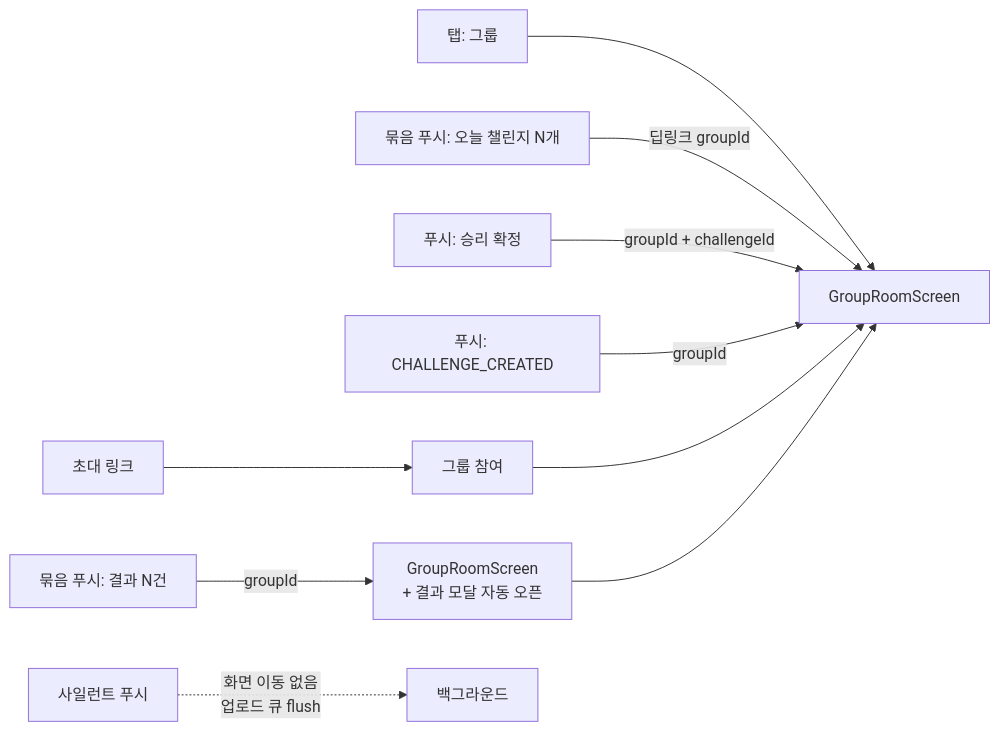
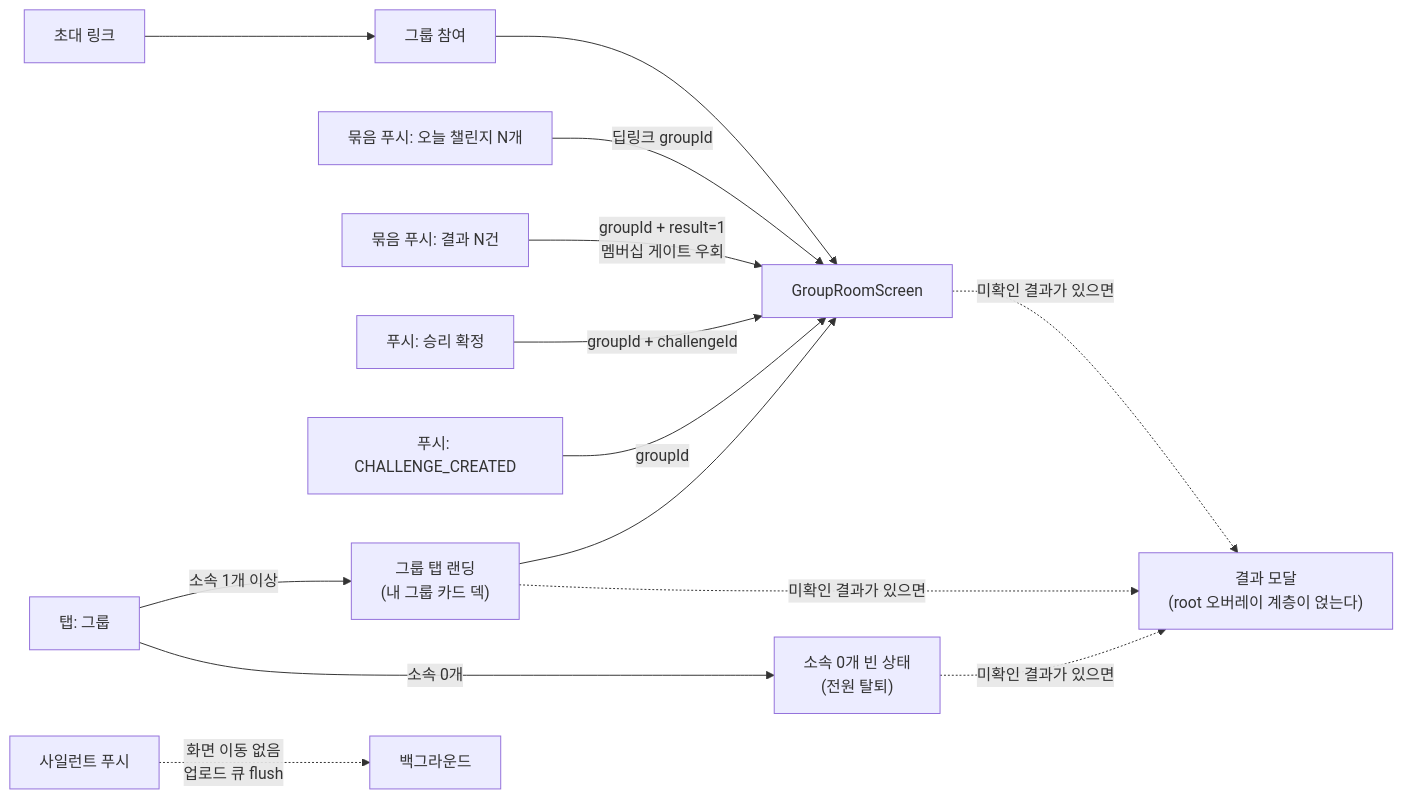
Before and after one commit to OneOrThree/phone: the eighth of 11 diagrams in docs/prd/challenge/information-architecture.md, drawn with Mermaid. The commit also changed other lines of this file and 8 other files, not shown here.

````diff
--- a/docs/prd/challenge/information-architecture.md
+++ b/docs/prd/challenge/information-architecture.md
@@ -369,14 +378,19 @@
 ```mermaid
 flowchart LR
-    E1["탭: 그룹"] --> GR
+    E1["탭: 그룹"] -->|"소속 1개 이상"| GD
     E2["묶음 푸시: 오늘 챌린지 N개"] -->|"딥링크 groupId"| GR
-    E3["묶음 푸시: 결과 N건"] -->|"groupId"| GRM
+    E3["묶음 푸시: 결과 N건"] -->|"groupId + result=1<br/>멤버십 게이트 우회"| GR
     E4["푸시: 승리 확정"] -->|"groupId + challengeId"| GR
     E5["푸시: CHALLENGE_CREATED"] -->|"groupId"| GR
     E6["초대 링크"] --> GJ["그룹 참여"] --> GR
     E7["사일런트 푸시"] -.->|"화면 이동 없음<br/>업로드 큐 flush"| BG["백그라운드"]
 
+    GD["그룹 탭 랜딩<br/>(내 그룹 카드 덱)"] --> GR
     GR["GroupRoomScreen"]
-    GRM["GroupRoomScreen<br/>+ 결과 모달 자동 오픈"]
-    GRM --> GR
+    GZ["소속 0개 빈 상태<br/>(전원 탈퇴)"]
+    GD -.->|"미확인 결과가 있으면"| RM
+    GR -.->|"미확인 결과가 있으면"| RM
+    GZ -.->|"미확인 결과가 있으면"| RM
+    E1 -->|"소속 0개"| GZ
+    RM["결과 모달<br/>(root 오버레이 계층이 얹는다)"]
 ```
````
